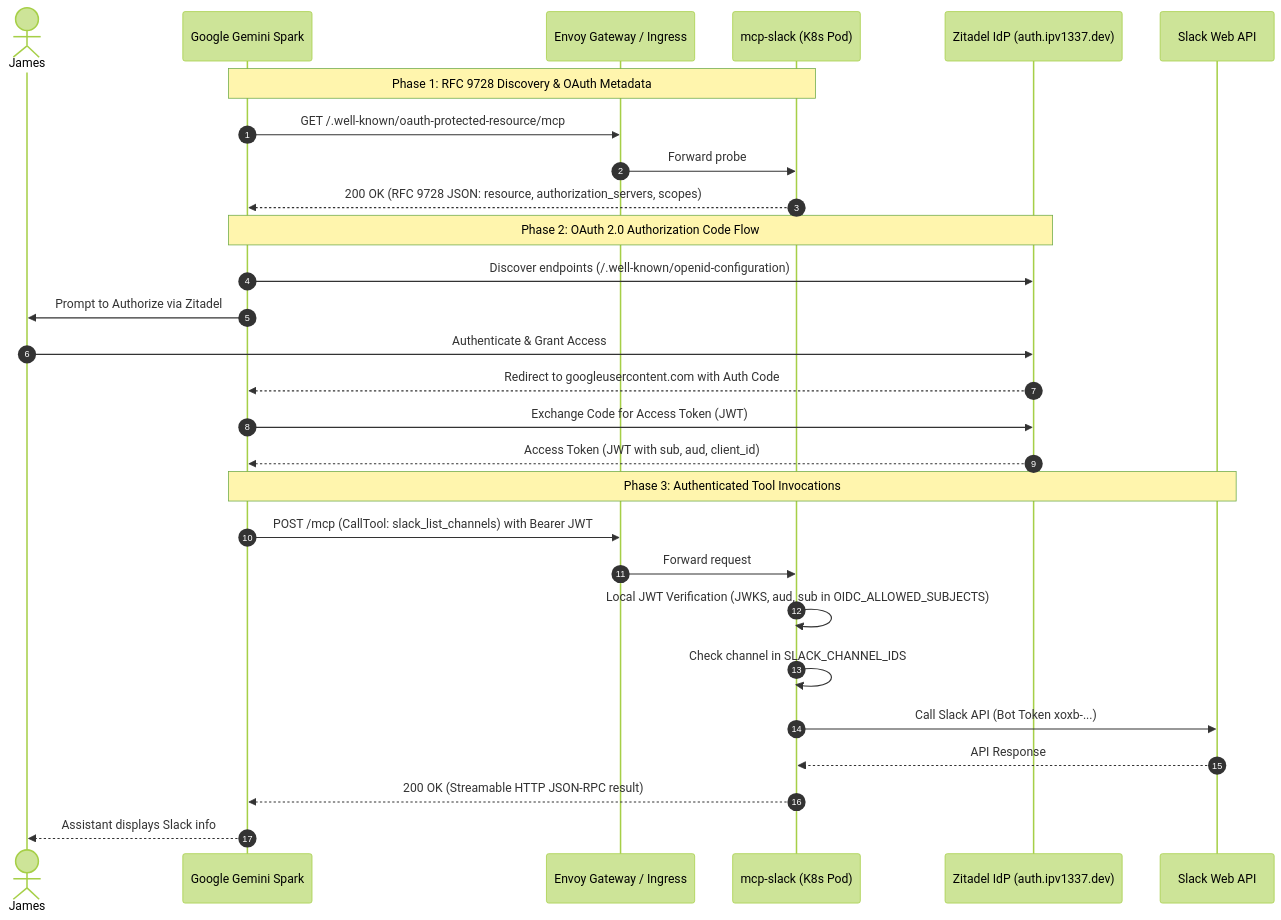
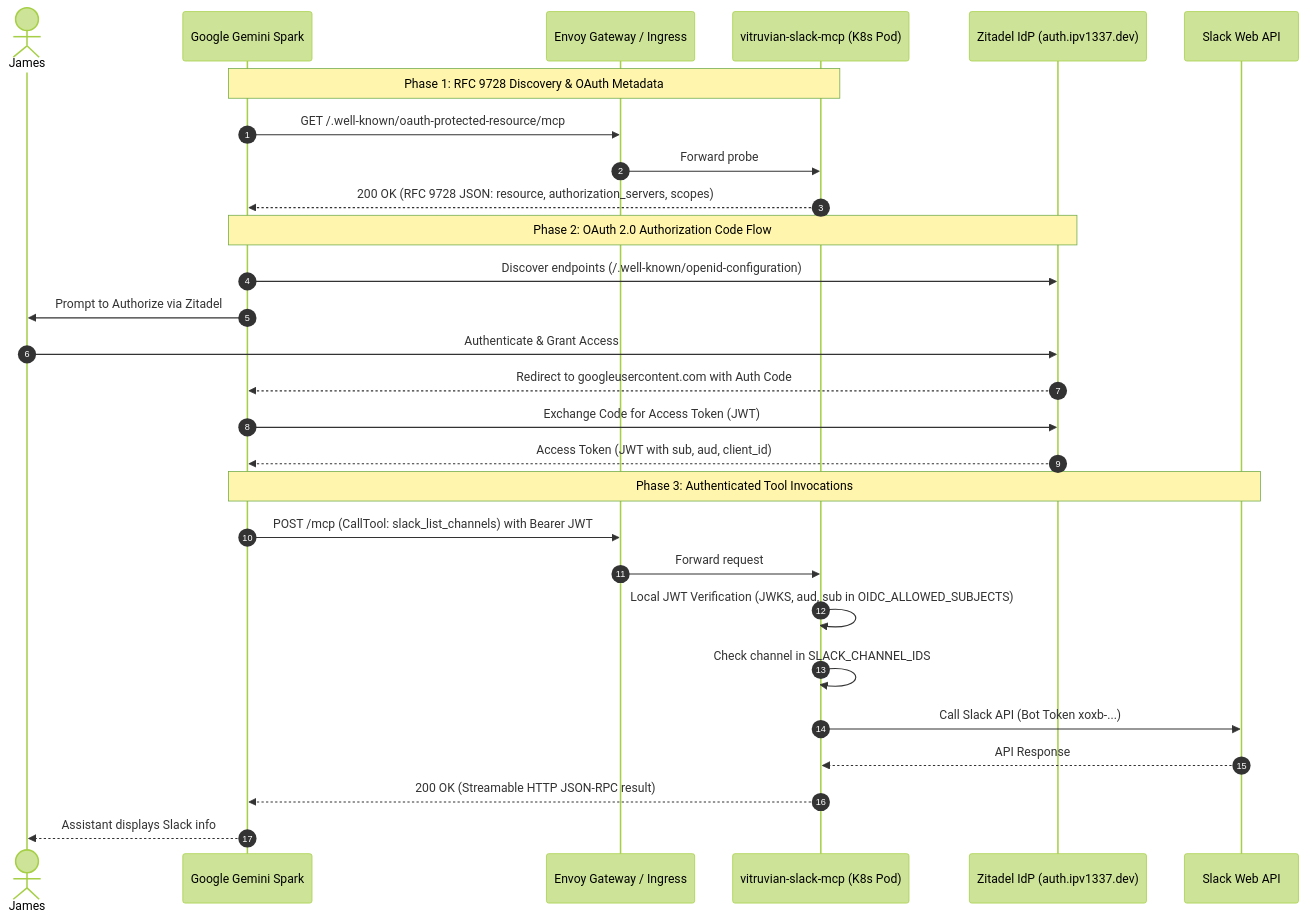
One commit to VitruvianSoftware/mcp-slack changed the second of 2 diagrams in docs/plans/walkthrough.md. Above: the diagram before and after it, drawn with Mermaid (forest theme). The commit also changed other lines of this file and 34 other files, not shown here.

````diff
--- a/docs/plans/walkthrough.md
+++ b/docs/plans/walkthrough.md
@@ -51,33 +51,33 @@
 ```mermaid
 sequenceDiagram
     autonumber
     actor User as James
     participant Spark as Google Gemini Spark
     participant Envoy as Envoy Gateway / Ingress
-    participant Server as mcp-slack (K8s Pod)
+    participant Server as vitruvian-slack-mcp (K8s Pod)
     participant Zitadel as Zitadel IdP (auth.ipv1337.dev)
     participant SlackAPI as Slack Web API
 
     Note over Spark,Server: Phase 1: RFC 9728 Discovery & OAuth Metadata
     Spark->>Envoy: GET /.well-known/oauth-protected-resource/mcp
     Envoy->>Server: Forward probe
     Server-->>Spark: 200 OK (RFC 9728 JSON: resource, authorization_servers, scopes)
 
     Note over Spark,Zitadel: Phase 2: OAuth 2.0 Authorization Code Flow
     Spark->>Zitadel: Discover endpoints (/.well-known/openid-configuration)
     Spark->>User: Prompt to Authorize via Zitadel
     User->>Zitadel: Authenticate & Grant Access
     Zitadel-->>Spark: Redirect to googleusercontent.com with Auth Code
     Spark->>Zitadel: Exchange Code for Access Token (JWT)
     Zitadel-->>Spark: Access Token (JWT with sub, aud, client_id)
 
     Note over Spark,SlackAPI: Phase 3: Authenticated Tool Invocations
     Spark->>Envoy: POST /mcp (CallTool: slack_list_channels) with Bearer JWT
     Envoy->>Server: Forward request
     Server->>Server: Local JWT Verification (JWKS, aud, sub in OIDC_ALLOWED_SUBJECTS)
     Server->>Server: Check channel in SLACK_CHANNEL_IDS
     Server->>SlackAPI: Call Slack API (Bot Token xoxb-...)
     SlackAPI-->>Server: API Response
     Server-->>Spark: 200 OK (Streamable HTTP JSON-RPC result)
     Spark-->>User: Assistant displays Slack info
 ```
````
